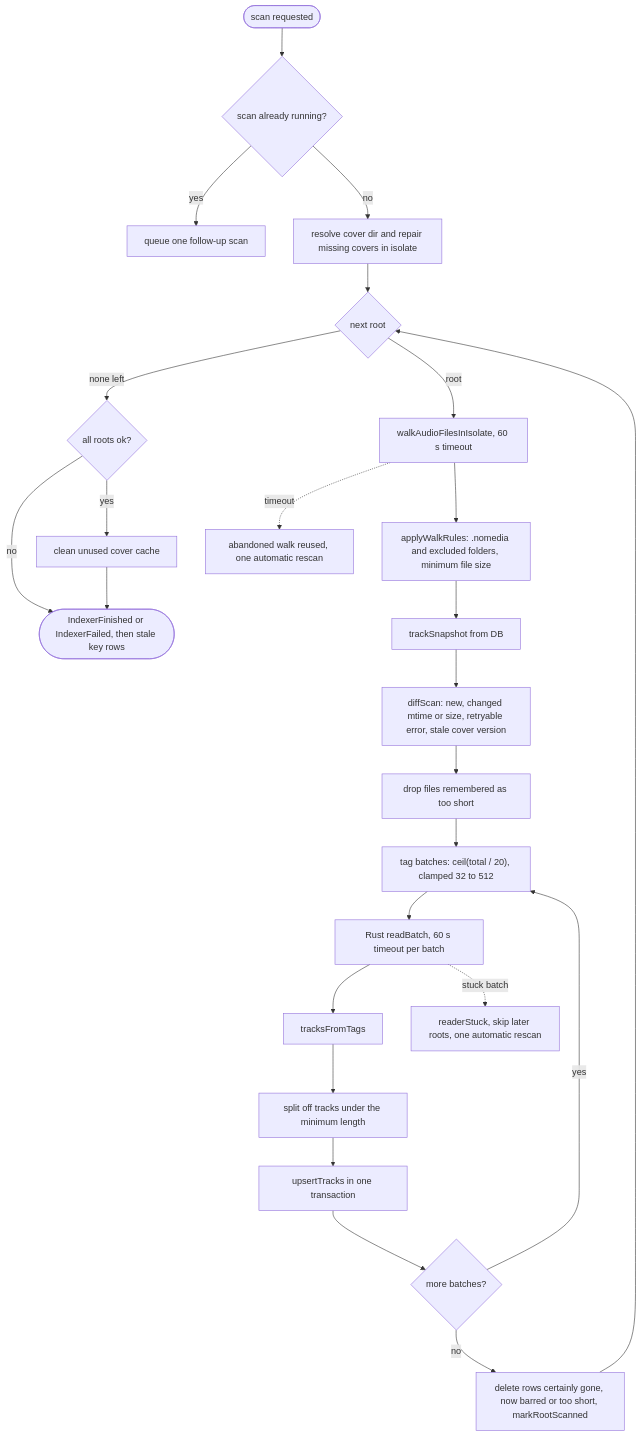
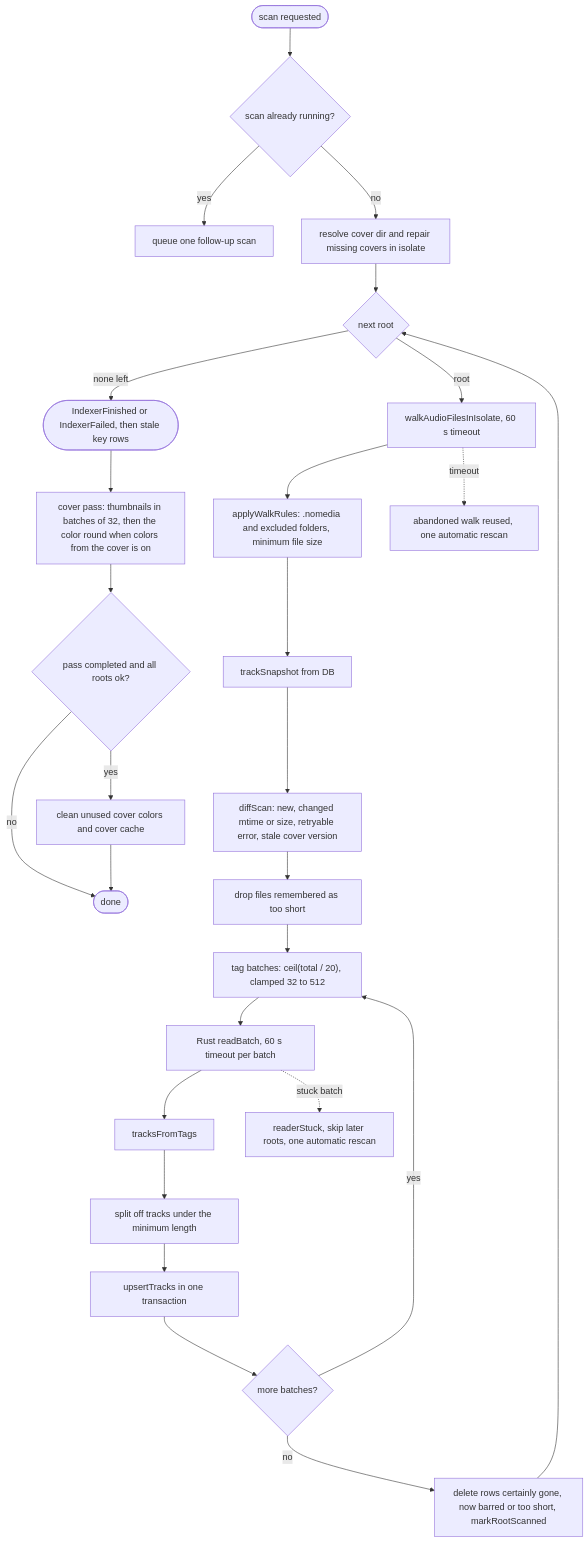
One commit to kanaru313/kanaru changed the third of 8 diagrams in docs/system-architecture.md. Above: the diagram before and after it, drawn with Mermaid. The commit also changed other lines of this file and 7 other files, not shown here.

First line of the commit message:
feat(cover-colors): extract colors during the scan

````diff
--- a/docs/system-architecture.md
+++ b/docs/system-architecture.md
@@ -152,29 +152,31 @@
 ```mermaid
 flowchart TD
     Start(["scan requested"]) --> Busy{"scan already running?"}
     Busy -- yes --> Follow["queue one follow-up scan"]
     Busy -- no --> Covers["resolve cover dir and repair missing covers in isolate"]
     Covers --> Root{"next root"}
-    Root -- none left --> Clean{"all roots ok?"}
-    Clean -- yes --> CleanCovers["clean unused cover cache"]
-    Clean -- no --> Done
-    CleanCovers --> Done(["IndexerFinished or IndexerFailed, then stale key rows"])
+    Root -- none left --> Published(["IndexerFinished or IndexerFailed, then stale key rows"])
+    Published --> Pass["cover pass: thumbnails in batches of 32, then the color round when colors from the cover is on"]
+    Pass --> Clean{"pass completed and all roots ok?"}
+    Clean -- yes --> CleanCovers["clean unused cover colors and cover cache"]
+    Clean -- no --> Done(["done"])
+    CleanCovers --> Done
 
     Root -- "root" --> Walk["walkAudioFilesInIsolate, 60 s timeout"]
     Walk --> Rules["applyWalkRules: .nomedia and excluded folders, minimum file size"]
     Rules --> Snap["trackSnapshot from DB"]
     Snap --> Diff["diffScan: new, changed mtime or size, retryable error, stale cover version"]
     Diff --> Memo["drop files remembered as too short"]
     Memo --> Batches["tag batches: ceil(total / 20), clamped 32 to 512"]
     Batches --> Read["Rust readBatch, 60 s timeout per batch"]
     Read --> Map["tracksFromTags"]
     Map --> Short["split off tracks under the minimum length"]
     Short --> Upsert["upsertTracks in one transaction"]
     Upsert --> More{"more batches?"}
     More -- yes --> Batches
     More -- no --> Gone["delete rows certainly gone, now barred or too short, markRootScanned"]
     Gone --> Root
 
     Walk -. "timeout" .-> Stall["abandoned walk reused, one automatic rescan"]
     Read -. "stuck batch" .-> Stall2["readerStuck, skip later roots, one automatic rescan"]
 ```
````
